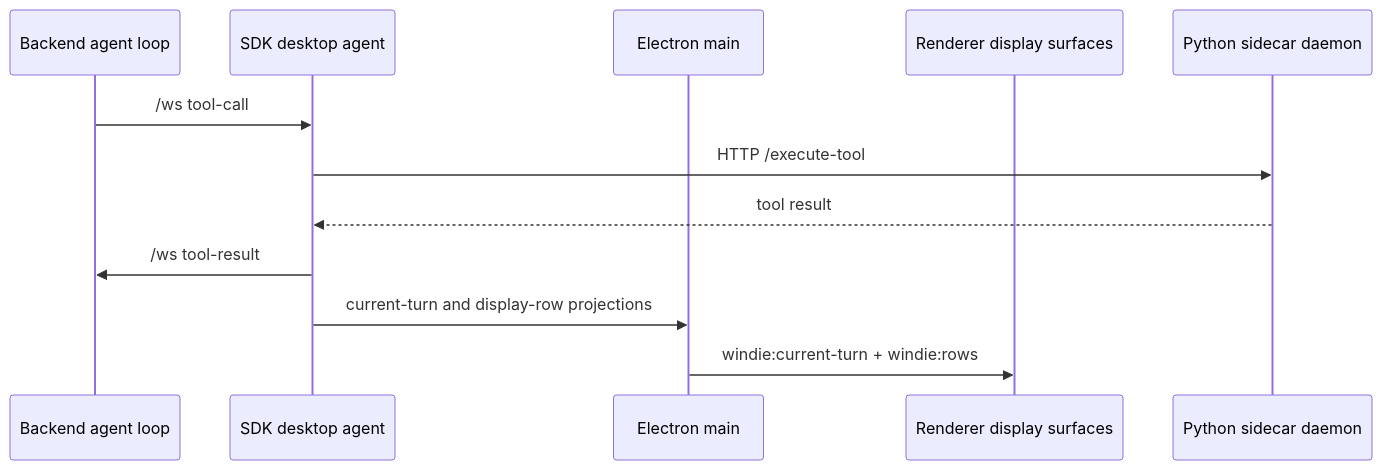
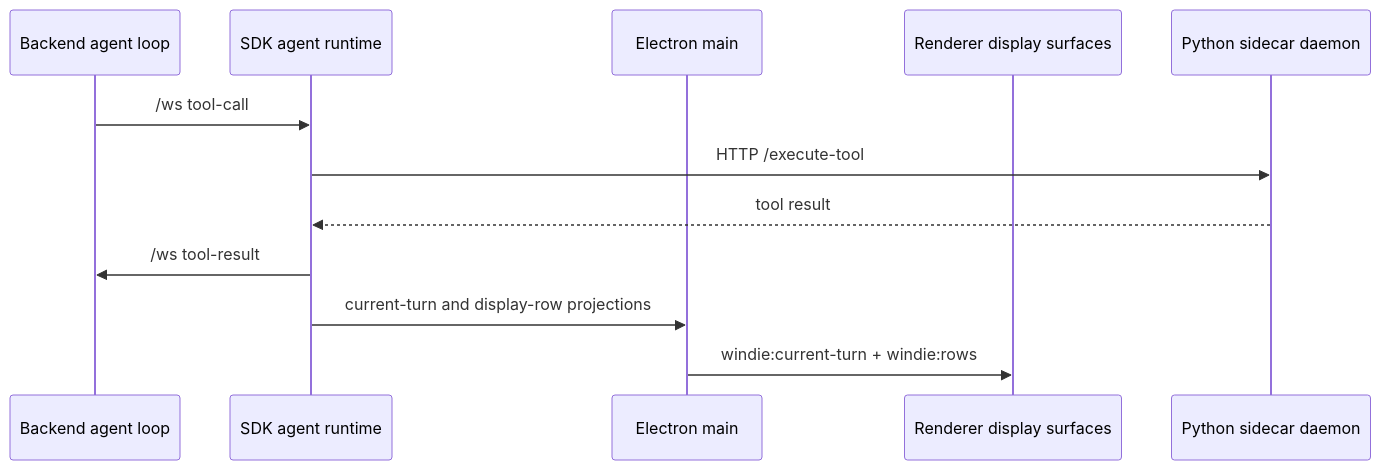
The diagram in docs/channels/sidecar_and_tool_channels.md (buiilding/My_Own_OpenClaw), drawn with Mermaid before and after one commit. The commit also changed other lines of this file and 13 other files, not shown here.

First line of the commit message:
docs(runtime): rename SDK desktop agent wording

````diff
--- a/docs/channels/sidecar_and_tool_channels.md
+++ b/docs/channels/sidecar_and_tool_channels.md
@@ -15,15 +15,15 @@
 ```mermaid
 sequenceDiagram
     participant Backend as Backend agent loop
-    participant SDK as SDK desktop agent
+    participant SDK as SDK agent runtime
     participant Main as Electron main
     participant Renderer as Renderer display surfaces
     participant Sidecar as Python sidecar daemon
 
     Backend->>SDK: /ws tool-call
     SDK->>Sidecar: HTTP /execute-tool
     Sidecar-->>SDK: tool result
     SDK->>Backend: /ws tool-result
     SDK->>Main: current-turn and display-row projections
     Main->>Renderer: windie:current-turn + windie:rows
 ```
````
